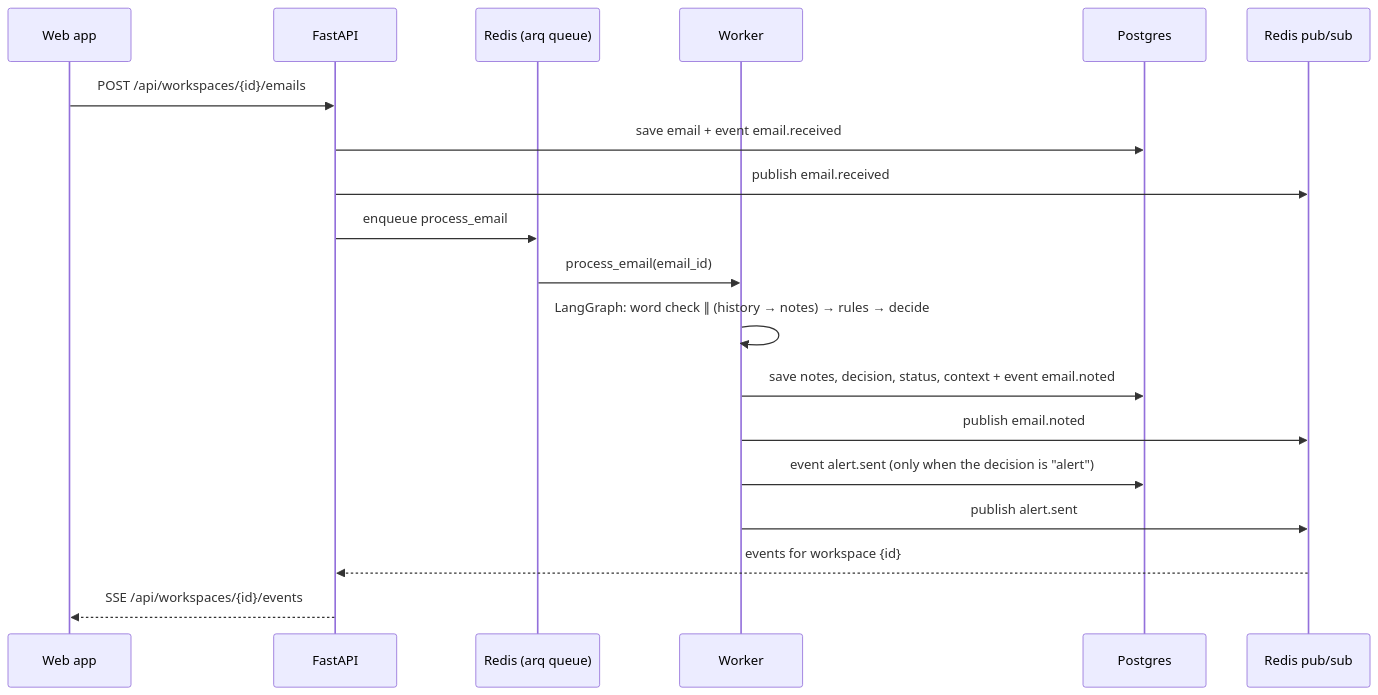
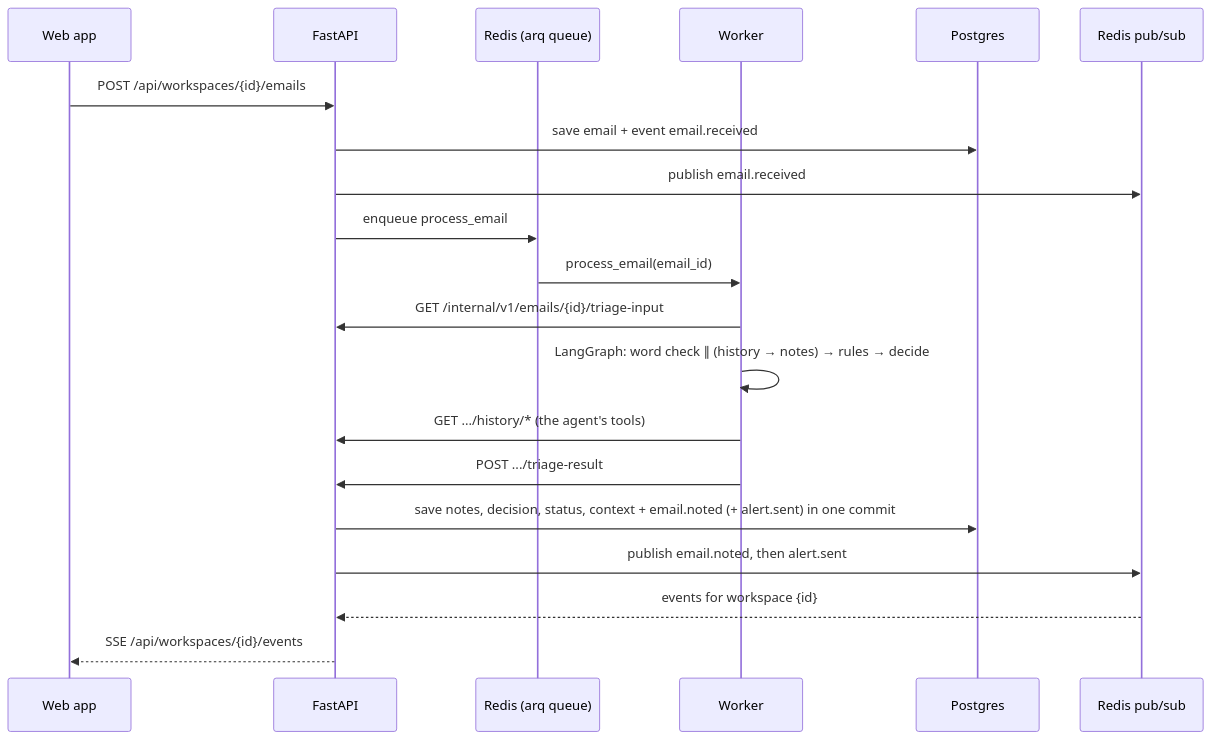
The first of 3 diagrams in docs/architecture.md (himanshu634/Herald), drawn with Mermaid before and after one commit. The commit also changed other lines of this file and 25 other files, not shown here.

First line of the commit message:
Route the triage pipeline and its tools through the API

````diff
--- a/docs/architecture.md
+++ b/docs/architecture.md
@@ -19,22 +19,23 @@
 ```mermaid
 sequenceDiagram
     participant Web as Web app
     participant API as FastAPI
     participant Q as Redis (arq queue)
     participant W as Worker
     participant DB as Postgres
     participant Bus as Redis pub/sub
 
     Web->>API: POST /api/workspaces/{id}/emails
     API->>DB: save email + event email.received
     API->>Bus: publish email.received
     API->>Q: enqueue process_email
     Q->>W: process_email(email_id)
+    W->>API: GET /internal/v1/emails/{id}/triage-input
     W->>W: LangGraph: word check ∥ (history → notes) → rules → decide
-    W->>DB: save notes, decision, status, context + event email.noted
-    W->>Bus: publish email.noted
-    W->>DB: event alert.sent (only when the decision is "alert")
-    W->>Bus: publish alert.sent
+    W->>API: GET .../history/* (the agent's tools)
+    W->>API: POST .../triage-result
+    API->>DB: save notes, decision, status, context + email.noted (+ alert.sent) in one commit
+    API->>Bus: publish email.noted, then alert.sent
     Bus-->>API: events for workspace {id}
     API-->>Web: SSE /api/workspaces/{id}/events
 ```
````
